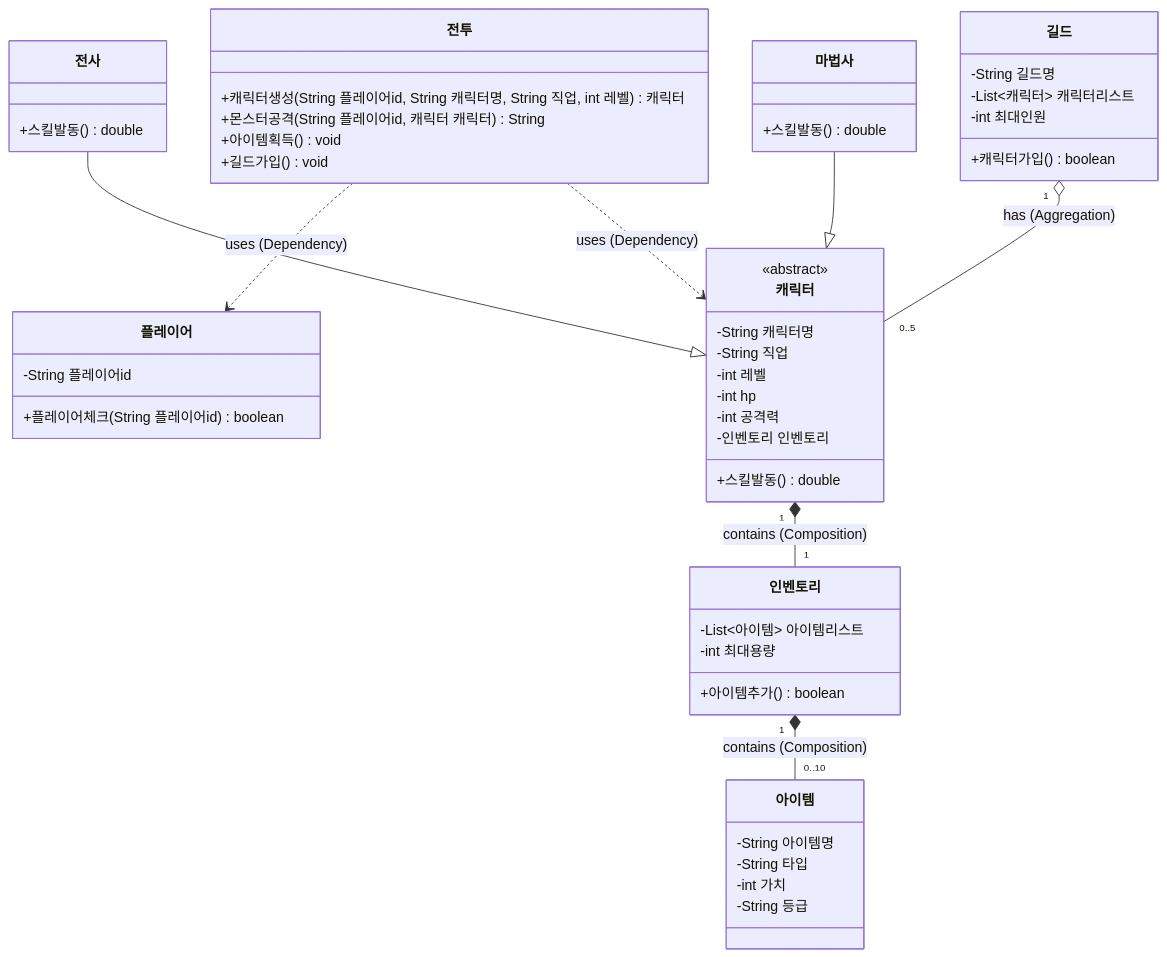
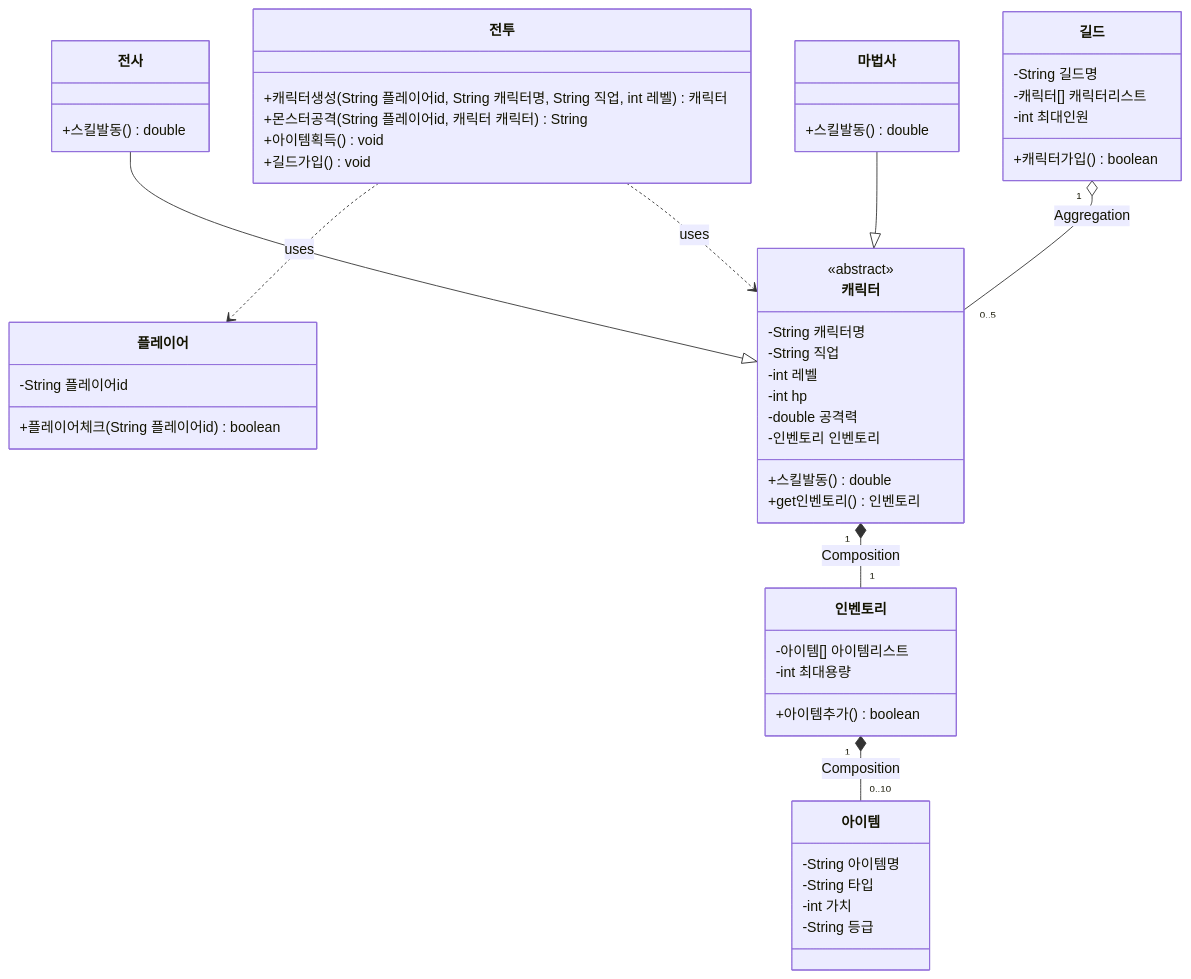
One commit to Sewqp/DnF_Battle2_B_06- changed the diagram in ClassDiagram.md. Above: the diagram before and after it, drawn with Mermaid. The commit also changed 1 other file, not shown here.

````diff
--- a/ClassDiagram.md
+++ b/ClassDiagram.md
@@ -1,64 +1,64 @@
 ```mermaid
 classDiagram
     class 플레이어 {
         -String 플레이어id
         +플레이어체크(String 플레이어id) boolean
     }
 
     class 전투 {
         +캐릭터생성(String 플레이어id, String 캐릭터명, String 직업, int 레벨) 캐릭터
         +몬스터공격(String 플레이어id, 캐릭터 캐릭터) String
         +아이템획득() void
         +길드가입() void
     }
 
     class 캐릭터 {
         <<abstract>>
         -String 캐릭터명
         -String 직업
         -int 레벨
         -int hp
-        -int 공격력
+        -double 공격력
         -인벤토리 인벤토리
         +스킬발동() double
+        +get인벤토리() 인벤토리
     }
 
     class 전사 {
         +스킬발동() double
     }
 
     class 마법사 {
         +스킬발동() double
     }
 
     class 인벤토리 {
-        -List~아이템~ 아이템리스트
+        -아이템[] 아이템리스트
         -int 최대용량
         +아이템추가() boolean
     }
 
     class 아이템 {
         -String 아이템명
         -String 타입
         -int 가치
         -String 등급
     }
 
     class 길드 {
         -String 길드명
-        -List~캐릭터~ 캐릭터리스트
+        -캐릭터[] 캐릭터리스트
         -int 최대인원
         +캐릭터가입() boolean
     }
 
     전사 --|> 캐릭터
     마법사 --|> 캐릭터
 
-    전투 ..> 플레이어 : uses (Dependency)
-    전투 ..> 캐릭터 : uses (Dependency)
+    전투 ..> 플레이어 : uses
+    전투 ..> 캐릭터 : uses
 
-    캐릭터 "1" *-- "1" 인벤토리 : contains (Composition)
-    인벤토리 "1" *-- "0..10" 아이템 : contains (Composition)
-
-    길드 "1" o-- "0..5" 캐릭터 : has (Aggregation)
+    캐릭터 "1" *-- "1" 인벤토리 : Composition
+    인벤토리 "1" *-- "0..10" 아이템 : Composition
+    길드 "1" o-- "0..5" 캐릭터 : Aggregation
 ```
````
